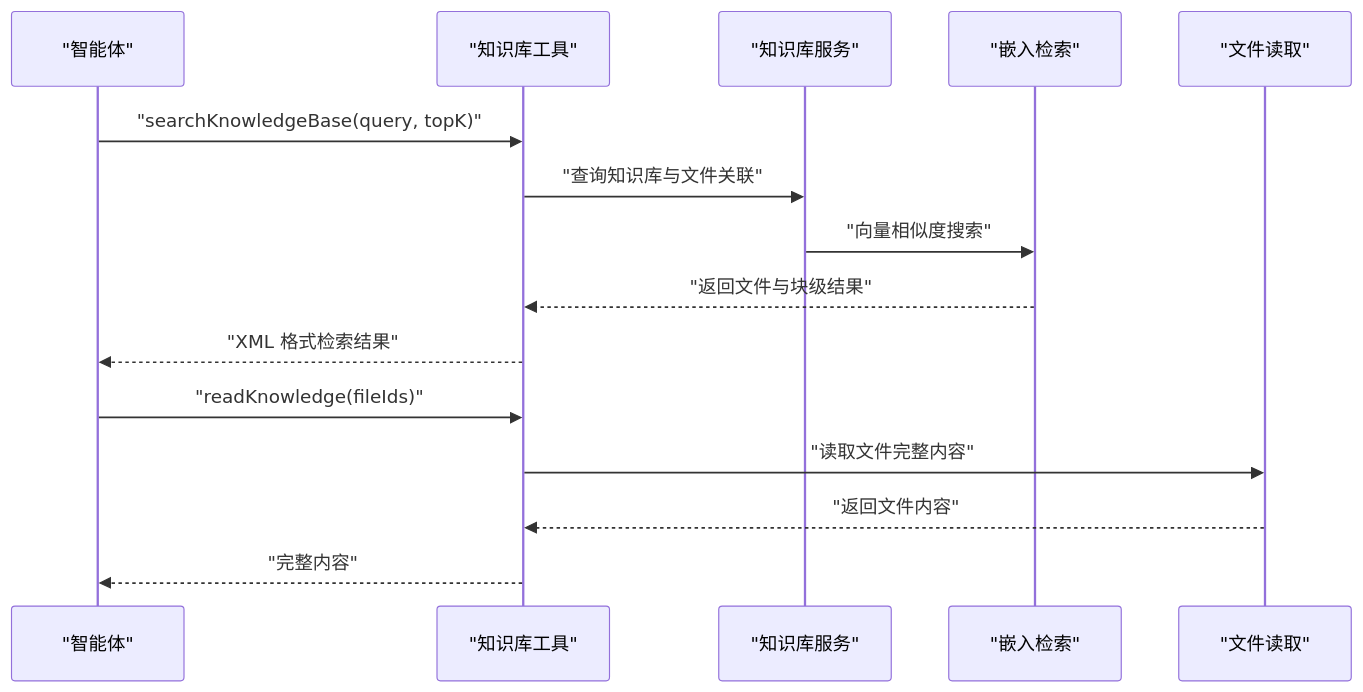
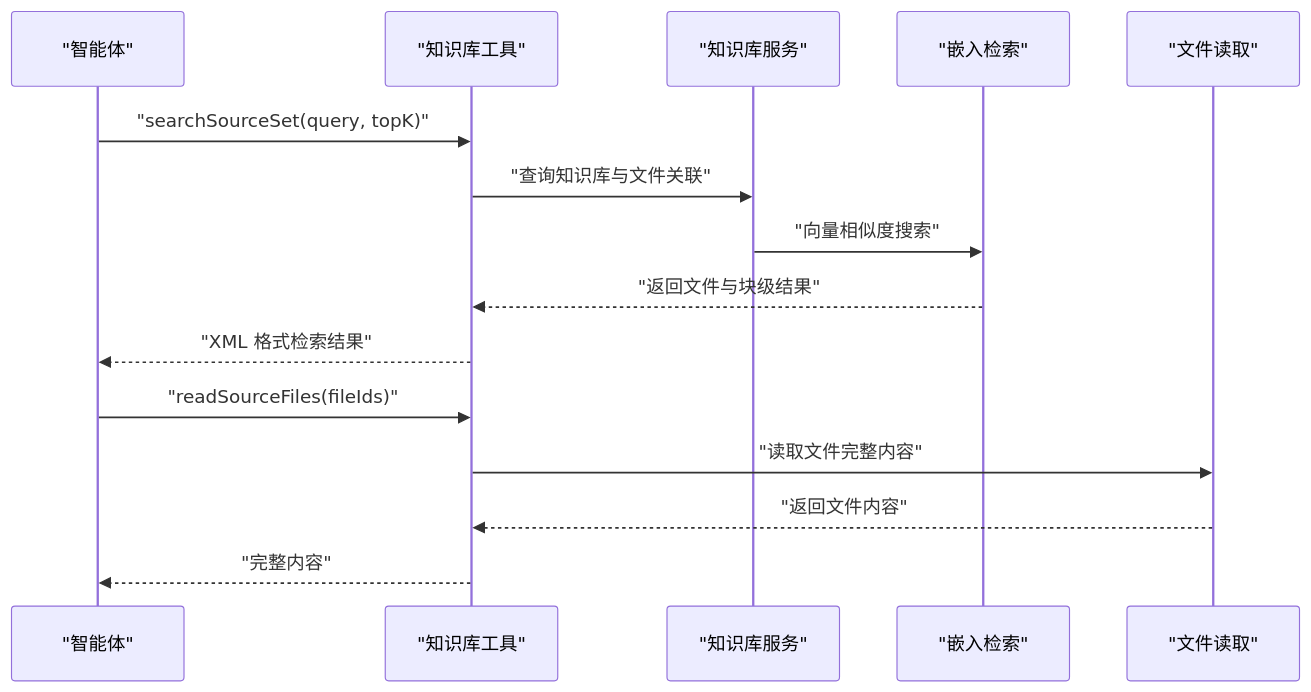
Before and after one commit to AvatoLabs/avato: the fourth of 5 diagrams in .qoder/repowiki/zh/content/API 接口文档/REST API 设计/知识库 API.md, drawn with Mermaid. The commit also changed other lines of this file and 1304 other files, not shown here.

Commit message:
🐛 fix: resolve table sheet operations and refactor content architecture

````diff
--- a/.qoder/repowiki/zh/content/API 接口文档/REST API 设计/知识库 API.md
+++ b/.qoder/repowiki/zh/content/API 接口文档/REST API 设计/知识库 API.md
@@ -216,17 +236,17 @@
 ```mermaid
 sequenceDiagram
 participant Agent as "智能体"
 participant Tool as "知识库工具"
 participant KB as "知识库服务"
 participant Embed as "嵌入检索"
 participant FS as "文件读取"
-Agent->>Tool : "searchKnowledgeBase(query, topK)"
+Agent->>Tool : "searchSourceSet(query, topK)"
 Tool->>KB : "查询知识库与文件关联"
 KB->>Embed : "向量相似度搜索"
 Embed-->>Tool : "返回文件与块级结果"
 Tool-->>Agent : "XML 格式检索结果"
-Agent->>Tool : "readKnowledge(fileIds)"
+Agent->>Tool : "readSourceFiles(fileIds)"
 Tool->>FS : "读取文件完整内容"
 FS-->>Tool : "返回文件内容"
 Tool-->>Agent : "完整内容"
 ```
````
